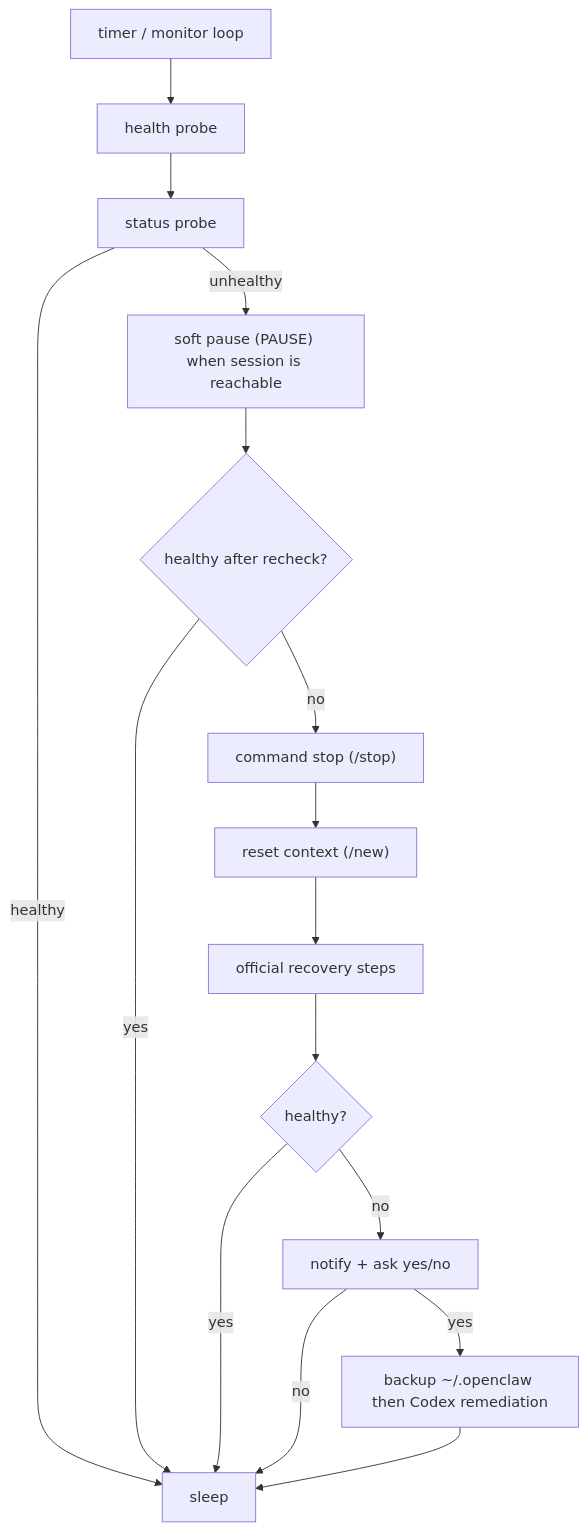
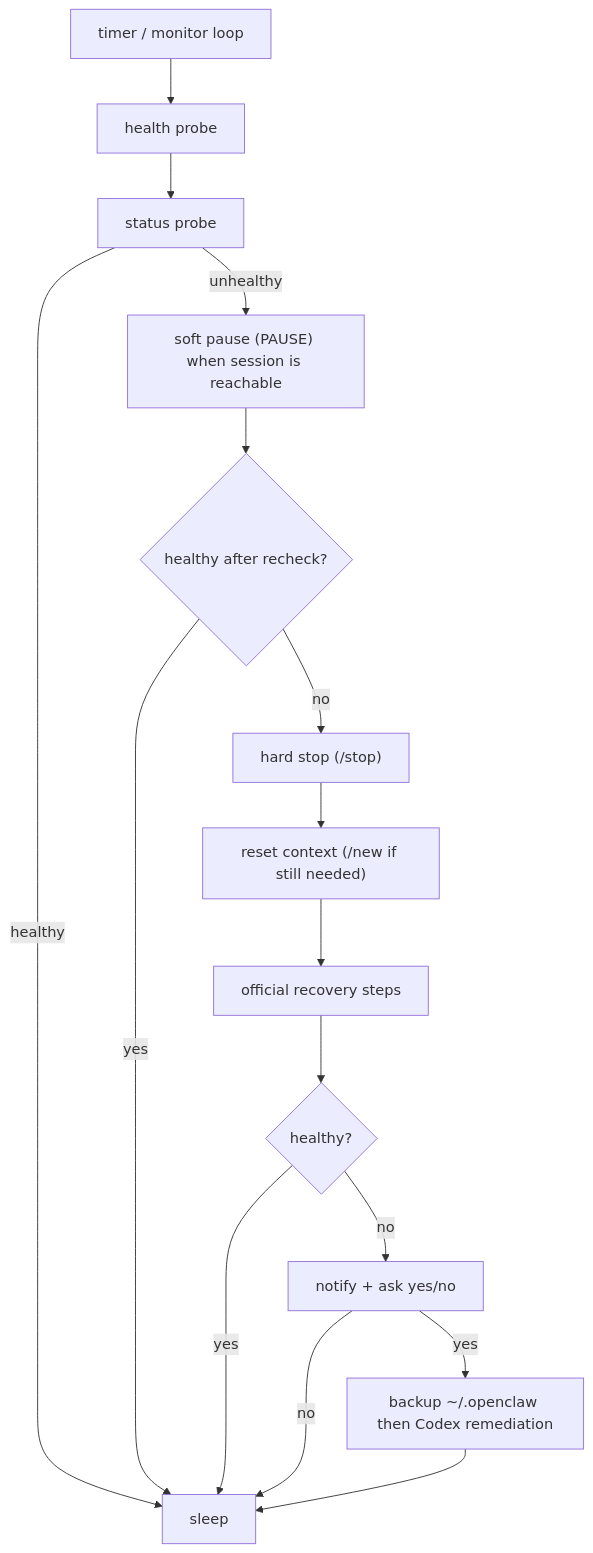
The diagram in README.md (Citrus086/fix-my-claw), drawn with Mermaid before and after one commit. The commit also changed other lines of this file and 61 other files, not shown here.

````diff
--- a/README.md
+++ b/README.md
@@ -84,18 +85,18 @@
 ```mermaid
 flowchart TD
   A["timer / monitor loop"] --> B["health probe"]
   B --> C["status probe"]
   C -->|healthy| D["sleep"]
   C -->|unhealthy| E["soft pause (PAUSE) when session is reachable"]
   E --> F{"healthy after recheck?"}
   F -->|yes| D
-  F -->|no| G["command stop (/stop)"]
-  G --> H["reset context (/new)"]
+  F -->|no| G["hard stop (/stop)"]
+  G --> H["reset context (/new if still needed)"]
   H --> I["official recovery steps"]
   I --> J{"healthy?"}
   J -->|yes| D
   J -->|no| K["notify + ask yes/no"]
   K -->|yes| L["backup ~/.openclaw then Codex remediation"]
   K -->|no| D
   L --> D
 ```
````
